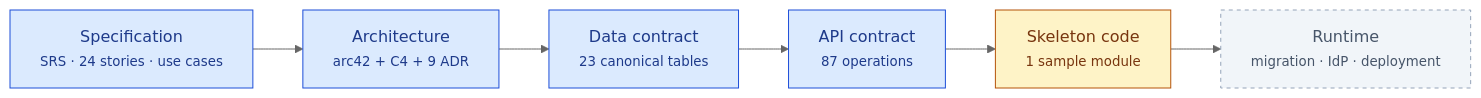
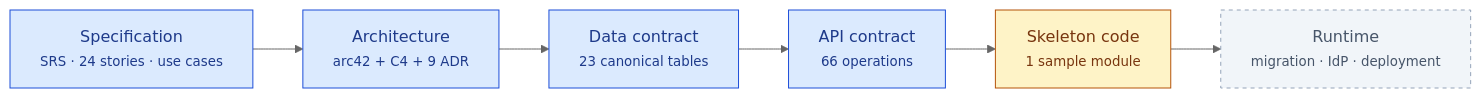
One commit to nvdat16/QLNS changed the first of 8 diagrams in README.md. Above: the diagram before and after it, drawn with Mermaid (neutral theme). The commit also changed other lines of this file and 15 other files, not shown here.

````diff
--- a/README.md
+++ b/README.md
@@ -18,18 +18,18 @@
 ```mermaid
 flowchart LR
     S["Specification<br/><small>SRS · 24 stories · use cases</small>"]
     A["Architecture<br/><small>arc42 + C4 + 9 ADR</small>"]
     D["Data contract<br/><small>23 canonical tables</small>"]
-    C["API contract<br/><small>87 operations</small>"]
+    C["API contract<br/><small>66 operations</small>"]
     K["Skeleton code<br/><small>1 sample module</small>"]
     R["Runtime<br/><small>migration · IdP · deployment</small>"]
 
     S --> A --> D --> C --> K --> R
 
     classDef done fill:#dbeafe,stroke:#1d4ed8,color:#1e3a8a
     classDef partial fill:#fef3c7,stroke:#b45309,color:#78350f
     classDef todo fill:#f1f5f9,stroke:#94a3b8,color:#475569,stroke-dasharray: 4 4
     class S,A,D,C done
     class K partial
     class R todo
 ```
````
